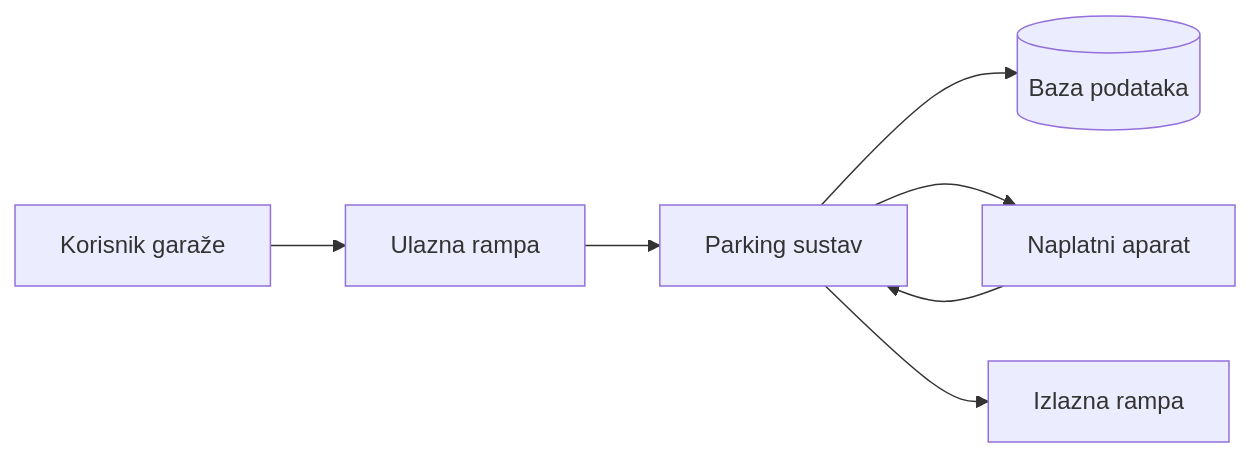
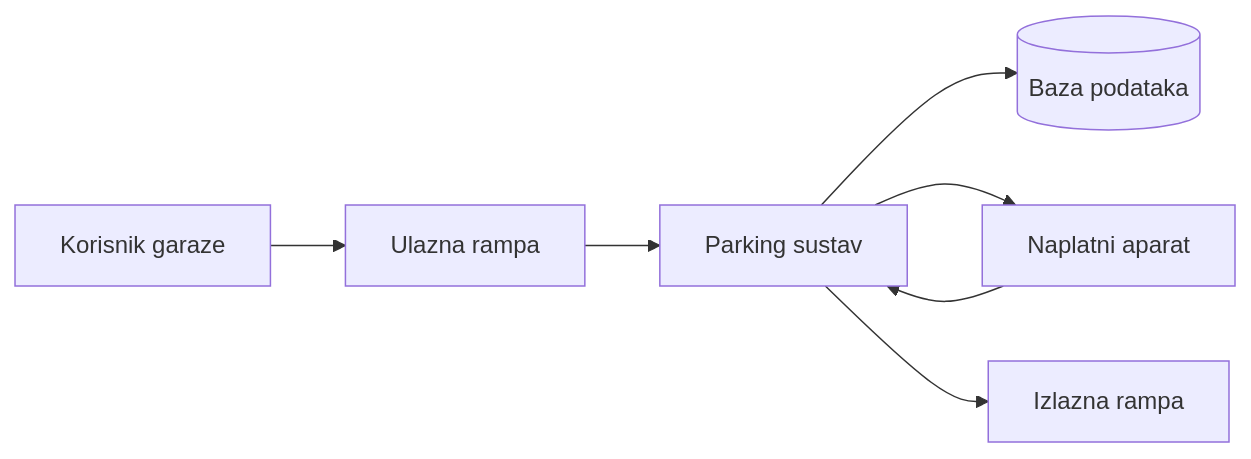
One commit to nbiskup/WienerSelectionTask changed the first of 5 diagrams in Zadatak2/README.md. Above: the diagram before and after it, drawn with Mermaid. The commit also changed other lines of this file, not shown here.

````diff
--- a/Zadatak2/README.md
+++ b/Zadatak2/README.md
@@ -5,9 +50,9 @@
 ```mermaid
 flowchart LR
-    User[Korisnik garaže] --> EntryGate[Ulazna rampa]
+    User[Korisnik garaze] --> EntryGate[Ulazna rampa]
     EntryGate --> Backend[Parking sustav]
     Backend --> Database[(Baza podataka)]
     Backend --> PaymentMachine[Naplatni aparat]
     PaymentMachine --> Backend
     Backend --> ExitGate[Izlazna rampa]
 ```
````
